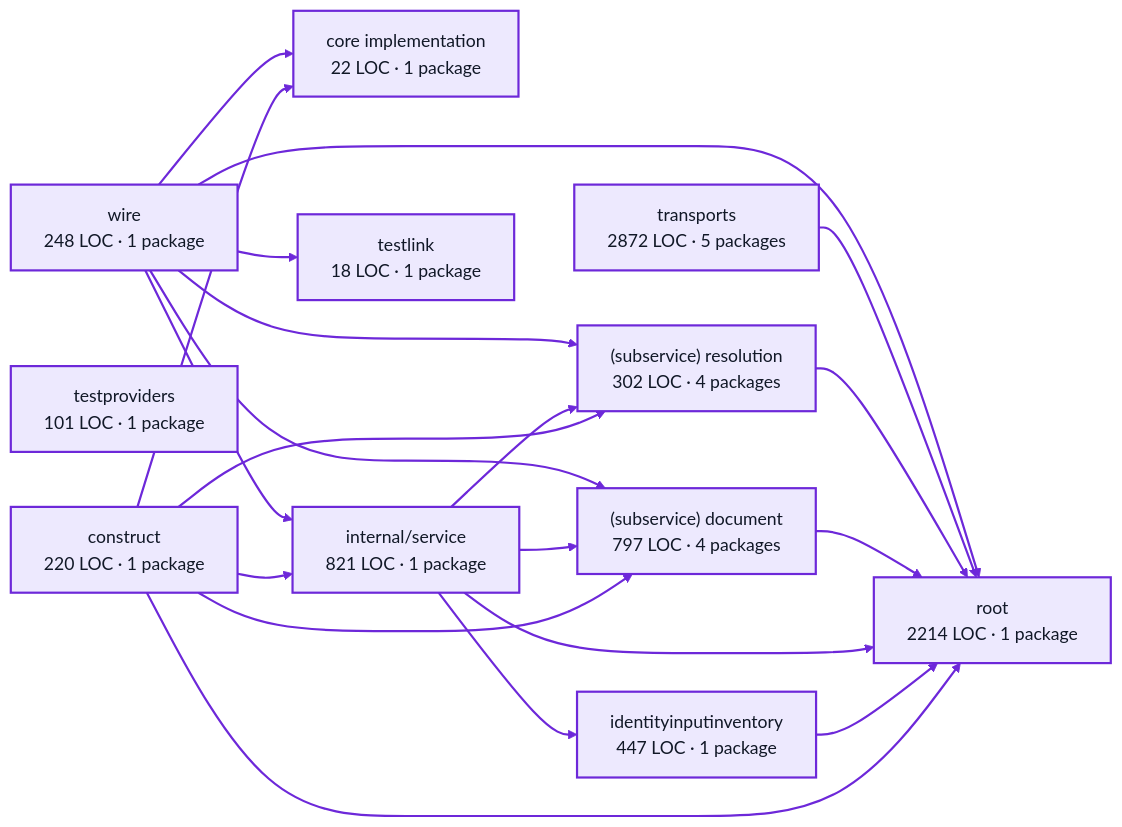
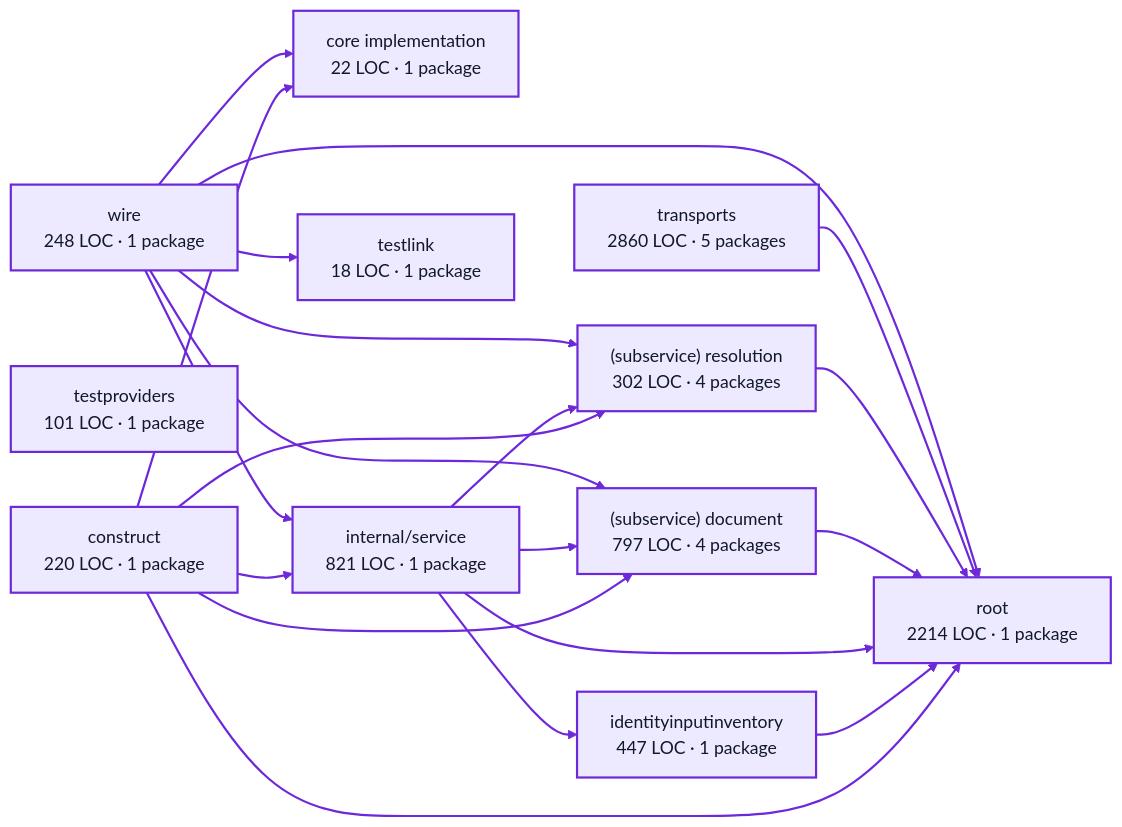
One commit to portpowered/you-agent-factory changed the diagram in docs/architecture/visualizations/services/operator_settings.md. Above: the diagram before and after it, drawn with Mermaid (neutral theme). The commit also changed other lines of this file and 20 other files, not shown here.

Commit message:
docs: refresh backend architecture visualizations

````diff
--- a/docs/architecture/visualizations/services/operator_settings.md
+++ b/docs/architecture/visualizations/services/operator_settings.md
@@ -11,45 +11,45 @@
 ```mermaid
 flowchart LR
   p0["core implementation<br/>22 LOC · 1 package"]
   p1["construct<br/>220 LOC · 1 package"]
   p2["identityinputinventory<br/>447 LOC · 1 package"]
   p3["internal/service<br/>821 LOC · 1 package"]
   p4["(subservice) document<br/>797 LOC · 4 packages"]
   p5["(subservice) resolution<br/>302 LOC · 4 packages"]
   p6["testlink<br/>18 LOC · 1 package"]
   p7["testproviders<br/>101 LOC · 1 package"]
   p8["root<br/>2214 LOC · 1 package"]
-  p9["transports<br/>2872 LOC · 5 packages"]
+  p9["transports<br/>2860 LOC · 5 packages"]
   p10["wire<br/>248 LOC · 1 package"]
   p1 --> p0
   p1 --> p3
   p1 --> p4
   p1 --> p5
   p1 --> p8
   p2 --> p8
   p3 --> p2
   p3 --> p4
   p3 --> p5
   p3 --> p8
   p4 --> p8
   p5 --> p8
   p9 --> p8
   p10 --> p0
   p10 --> p3
   p10 --> p4
   p10 --> p5
   p10 --> p6
   p10 --> p8
   style p0 fill:#ede9fe,stroke:#6d28d9,stroke-width:2px,color:#111827
   style p1 fill:#ede9fe,stroke:#6d28d9,stroke-width:2px,color:#111827
   style p2 fill:#ede9fe,stroke:#6d28d9,stroke-width:2px,color:#111827
   style p3 fill:#ede9fe,stroke:#6d28d9,stroke-width:2px,color:#111827
   style p4 fill:#ede9fe,stroke:#6d28d9,stroke-width:2px,color:#111827
   style p5 fill:#ede9fe,stroke:#6d28d9,stroke-width:2px,color:#111827
   style p6 fill:#ede9fe,stroke:#6d28d9,stroke-width:2px,color:#111827
   style p7 fill:#ede9fe,stroke:#6d28d9,stroke-width:2px,color:#111827
   style p8 fill:#ede9fe,stroke:#6d28d9,stroke-width:2px,color:#111827
   style p9 fill:#ede9fe,stroke:#6d28d9,stroke-width:2px,color:#111827
   style p10 fill:#ede9fe,stroke:#6d28d9,stroke-width:2px,color:#111827
   linkStyle default stroke:#6d28d9,stroke-width:2px
 ```
````
